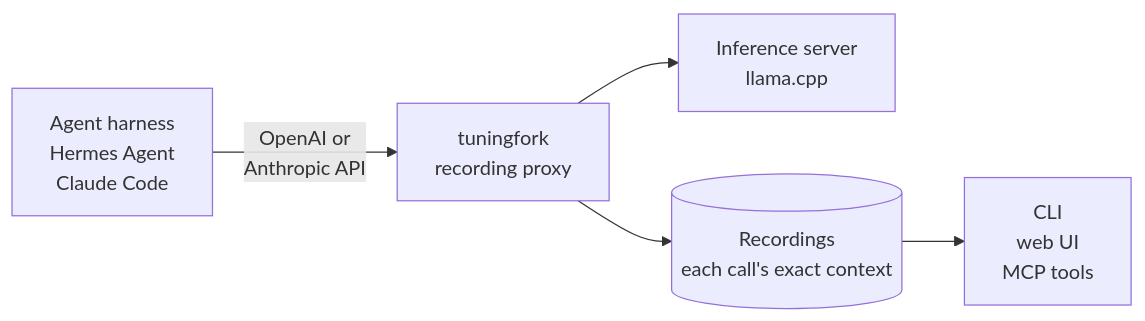
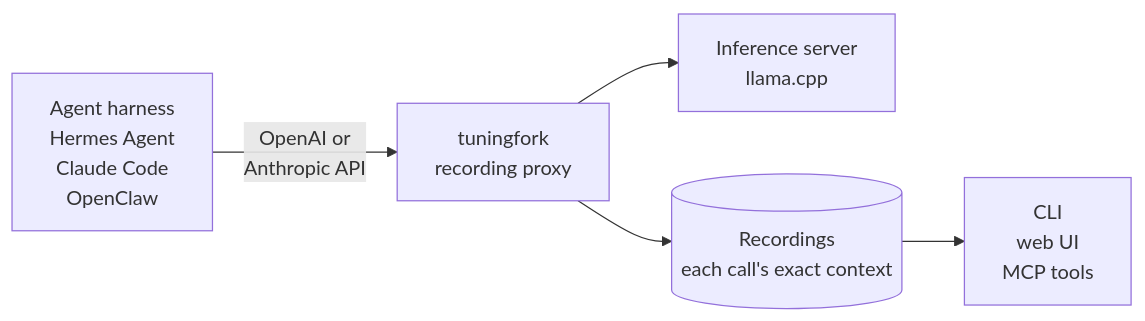
The first of 2 diagrams in README.md (hhuang91/tuningfork), drawn with Mermaid before and after one commit. The commit also changed other lines of this file and 16 other files, not shown here.

````diff
--- a/README.md
+++ b/README.md
@@ -143,7 +144,7 @@
 ```mermaid
 flowchart LR
-    harness["Agent harness<br>Hermes Agent<br>Claude Code"] -- "OpenAI or<br>Anthropic API" --> proxy["tuningfork<br>recording proxy"]
+    harness["Agent harness<br>Hermes Agent<br>Claude Code<br>OpenClaw"] -- "OpenAI or<br>Anthropic API" --> proxy["tuningfork<br>recording proxy"]
     proxy --> server["Inference server<br>llama.cpp"]
     proxy --> store[("Recordings<br>each call's exact context")]
     store --> tools["CLI<br>web UI<br>MCP tools"]
 ```
````
